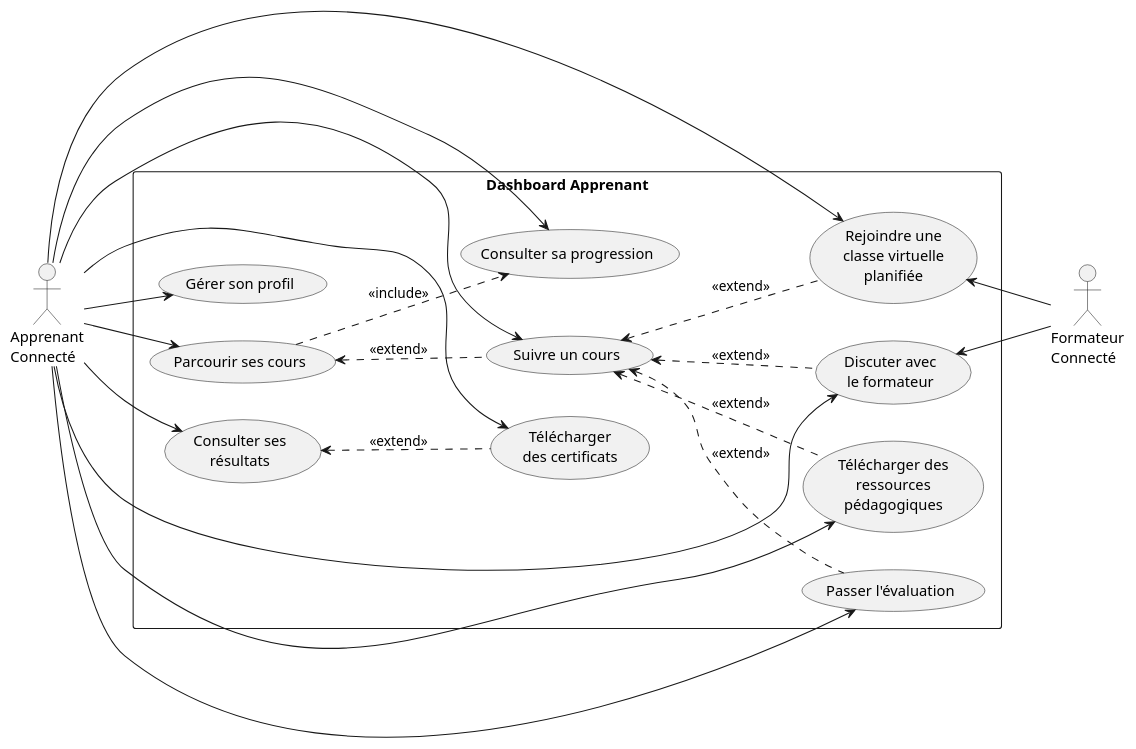
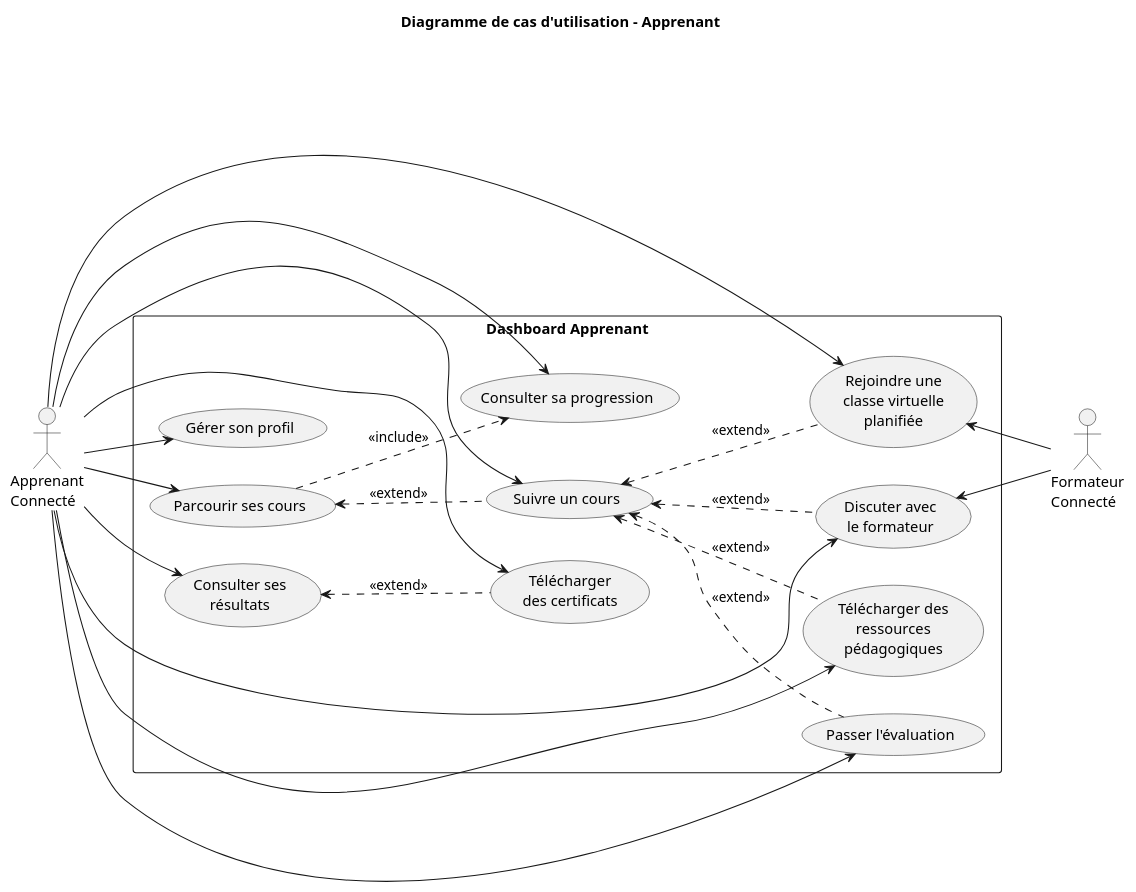
The diagram in conception/cas_utilisation_apprenant.puml (sebcourtois/cda-tunis-formation), drawn with PlantUML before and after one commit. The commit also changed 19 other files, not shown here.

Commit message:
ajout du usecase du formateur et de quelques diagramme de sequence et modification du mcd et mld

```diff
--- a/conception/cas_utilisation_apprenant.puml
+++ b/conception/cas_utilisation_apprenant.puml
@@ -1,47 +1,48 @@
-@startuml
+@startuml cas d'utilisation Apprenant
+title Diagramme de cas d'utilisation - Apprenant
 left to right direction
 
 actor "Apprenant\nConnecté" as learner
 actor "Formateur\nConnecté" as trainer
 
 rectangle "Dashboard Apprenant" {
   usecase "Gérer son profil" as manageProfile
   usecase "Parcourir ses cours" as browseLessons
   usecase "Suivre un cours" as viewLesson
   usecase "Discuter avec\nle formateur" as talkToTrainer
   usecase "Rejoindre une\nclasse virtuelle\nplanifiée" as joinClassroom
   usecase "Télécharger\ndes certificats" as dnlCertificates
   usecase "Télécharger des\nressources\npédagogiques" as dnlLearningRcs
   usecase "Passer l'évaluation" as takeAssessment
   usecase "Consulter ses\nrésultats" as browseResults
   usecase "Consulter sa progression" as viewProgress
 }
 
 browseLessons <.. viewLesson: <<extend>>
 browseLessons ..> viewProgress: <<include>>
 viewLesson <.. joinClassroom: <<extend>>
 viewLesson <.. talkToTrainer: <<extend>>
 viewLesson <.. dnlLearningRcs: <<extend>>
 viewLesson <.. takeAssessment: <<extend>>
 browseResults <.. dnlCertificates: <<extend>>
 
 trainer --> talkToTrainer
 trainer -up-> joinClassroom
 
 learner --> manageProfile
 learner --> browseLessons
 learner --> browseResults
 learner --> viewLesson
 learner --> viewProgress
 learner --> dnlLearningRcs
 learner --> talkToTrainer
 learner --> joinClassroom
 learner --> takeAssessment
 learner --> dnlCertificates
 
 
 
 
 
 
 @enduml
```
